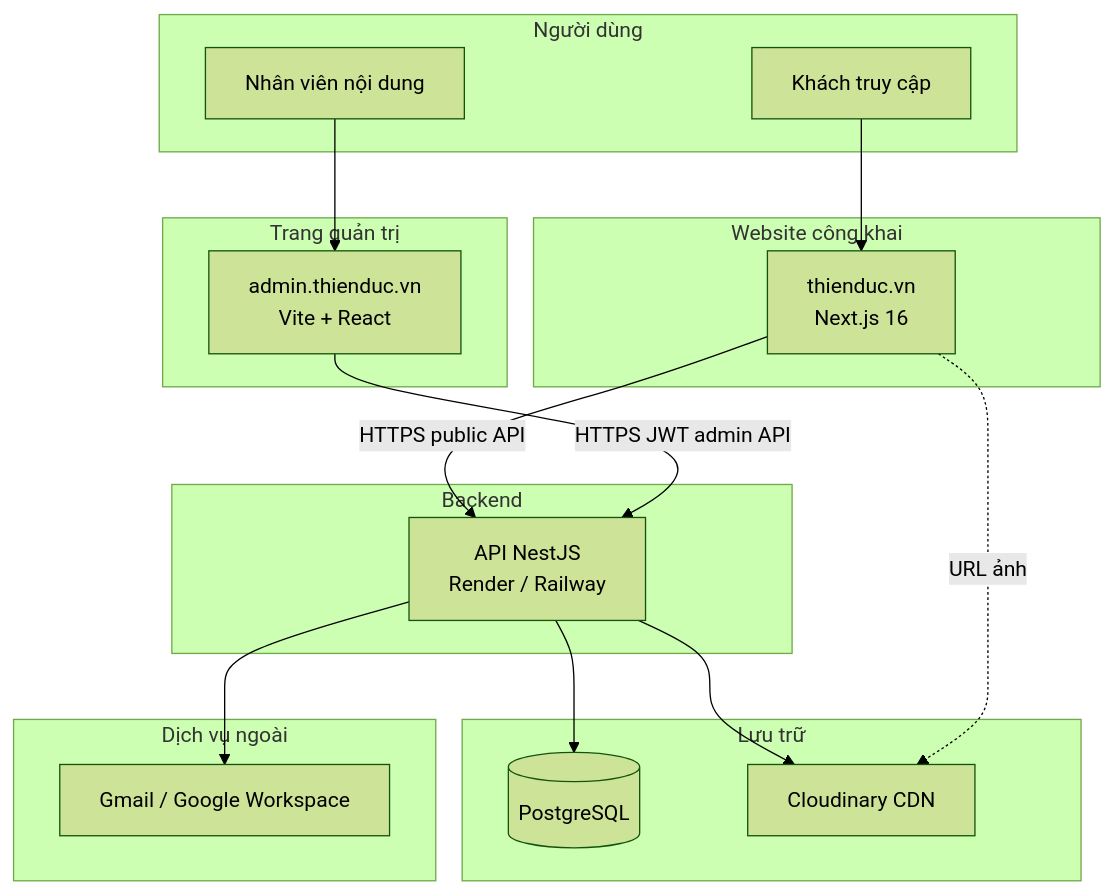
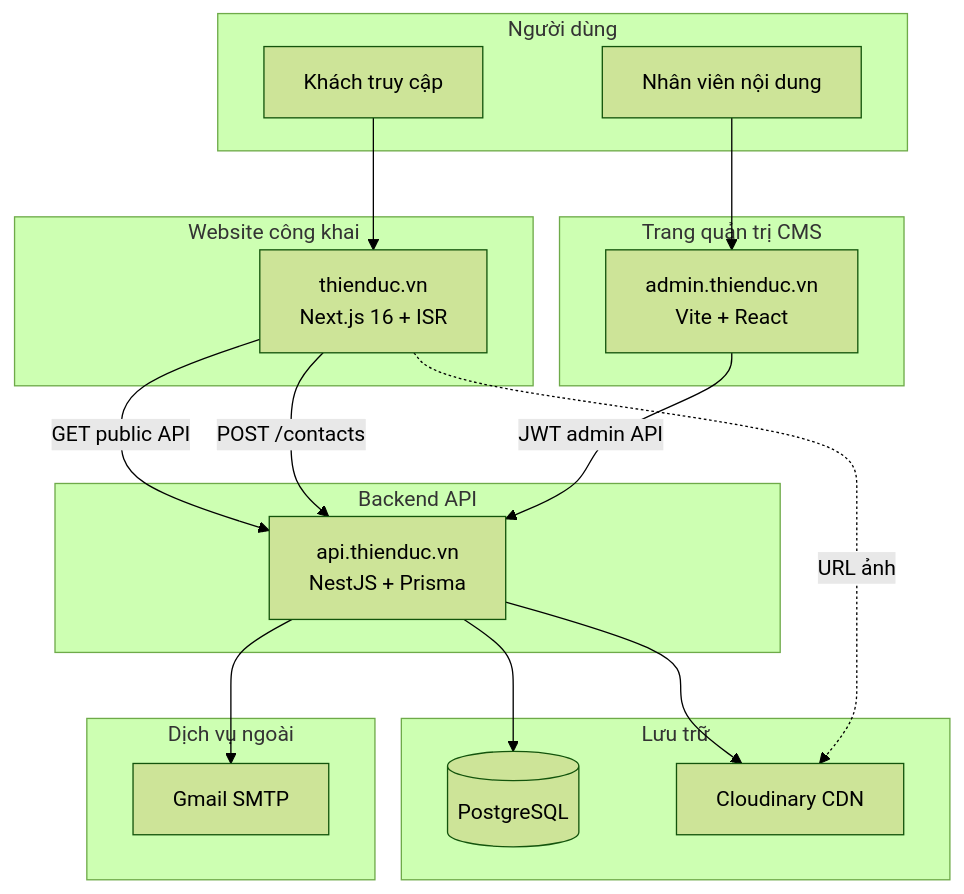
Before and after one commit to CESxMidas/thien-duc-website-frontend: the fourth of 14 diagrams in docs/Bao-cao-Phuong-an-2-Website-Thien-Duc.md, drawn with Mermaid (forest theme). The commit also changed other lines of this file and 22 other files, not shown here.

````diff
--- a/docs/Bao-cao-Phuong-an-2-Website-Thien-Duc.md
+++ b/docs/Bao-cao-Phuong-an-2-Website-Thien-Duc.md
@@ -335,37 +389,38 @@
 ```mermaid
 flowchart TB
     subgraph users [Người dùng]
         Guest[Khách truy cập]
         Staff[Nhân viên nội dung]
     end
 
     subgraph public [Website công khai]
-        WEB["thienduc.vn<br/>Next.js 16"]
+        WEB["thienduc.vn<br/>Next.js 16 + ISR"]
     end
 
-    subgraph admin [Trang quản trị]
+    subgraph admin [Trang quản trị CMS]
         ADM["admin.thienduc.vn<br/>Vite + React"]
     end
 
-    subgraph backend [Backend]
-        API["API NestJS<br/>Render / Railway"]
+    subgraph backend [Backend API]
+        API["api.thienduc.vn<br/>NestJS + Prisma"]
     end
 
     subgraph storage [Lưu trữ]
         DB[(PostgreSQL)]
         CDN[Cloudinary CDN]
     end
 
     subgraph external [Dịch vụ ngoài]
-        GMAIL[Gmail / Google Workspace]
+        GMAIL[Gmail SMTP]
     end
 
     Guest --> WEB
     Staff --> ADM
-    WEB -->|HTTPS public API| API
-    ADM -->|HTTPS JWT admin API| API
+    WEB -->|GET public API| API
+    WEB -->|POST /contacts| API
+    ADM -->|JWT admin API| API
     API --> DB
     API --> CDN
     API --> GMAIL
     WEB -.->|URL ảnh| CDN
 ```
````
